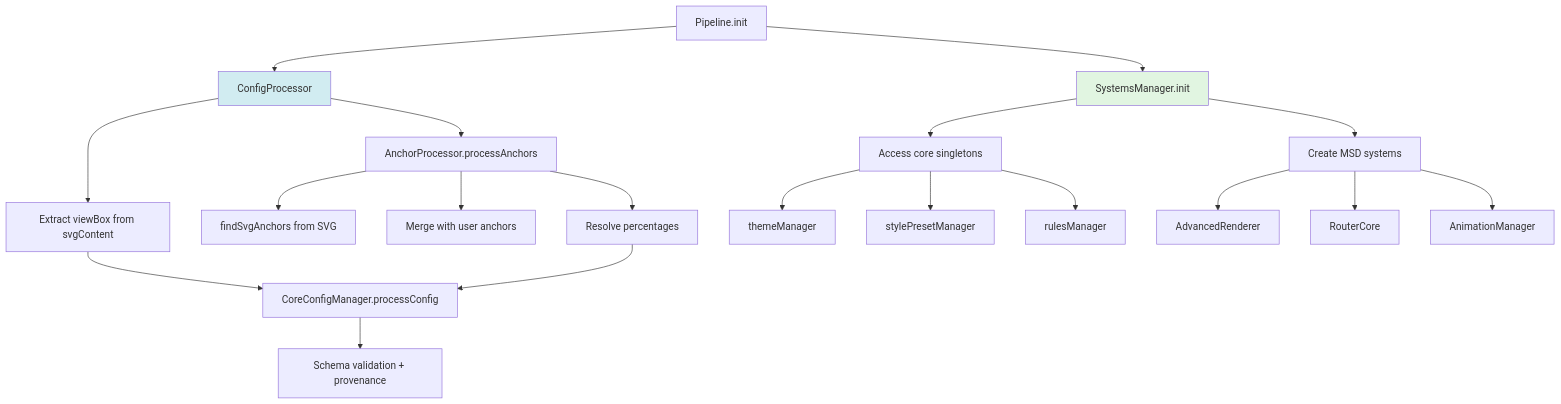
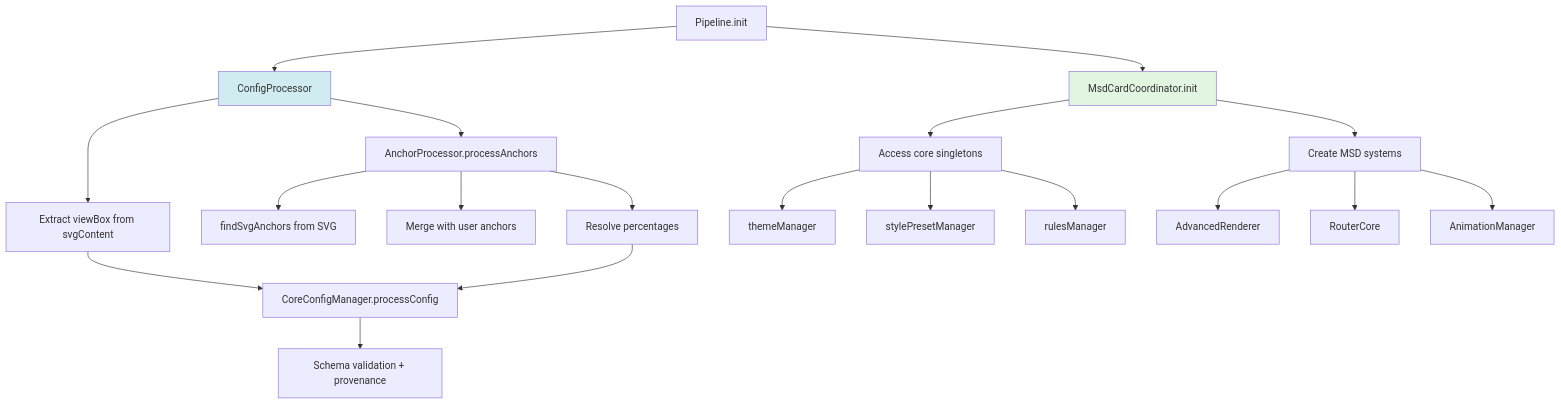
The third of 5 diagrams in doc/architecture/msd-card-architecture.md (solhuebner/lcards), drawn with Mermaid before and after one commit. The commit also changed other lines of this file and 22 other files, not shown here.

Commit message:
Phase 2: Rename SystemsManager to MsdCardCoordinator in code and documentation

````diff
--- a/doc/architecture/msd-card-architecture.md
+++ b/doc/architecture/msd-card-architecture.md
@@ -71,28 +71,28 @@
 ```mermaid
 graph TD
     A[Pipeline.init] --> B[ConfigProcessor]
     B --> C[Extract viewBox from svgContent]
     B --> D[AnchorProcessor.processAnchors]
     
     D --> E[findSvgAnchors from SVG]
     D --> F[Merge with user anchors]
     D --> G[Resolve percentages]
     
     C --> H[CoreConfigManager.processConfig]
     G --> H
     H --> I[Schema validation + provenance]
     
-    A --> J[SystemsManager.init]
+    A --> J[MsdCardCoordinator.init]
     J --> K[Access core singletons]
     K --> L[themeManager]
     K --> M[stylePresetManager]
     K --> N[rulesManager]
     
     J --> O[Create MSD systems]
     O --> P[AdvancedRenderer]
     O --> Q[RouterCore]
     O --> R[AnimationManager]
     
     style B fill:#d1ecf1
     style J fill:#e1f5e1
 ```
````
